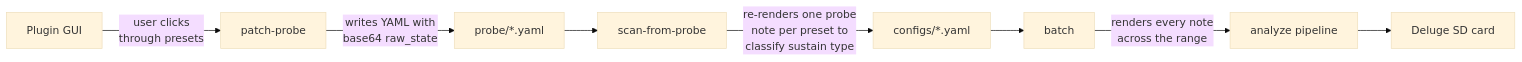
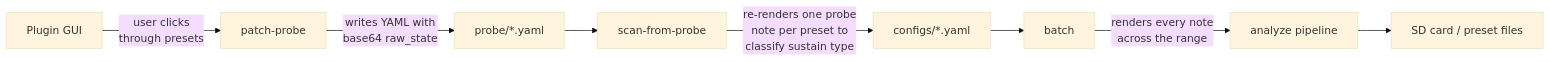
Before and after one commit to blablack/patch-press: the diagram in docs/inputs/vst-workflow.md, drawn with Mermaid (base theme). The commit also changed other lines of this file and 7 other files, not shown here.

````diff
--- a/docs/inputs/vst-workflow.md
+++ b/docs/inputs/vst-workflow.md
@@ -12,10 +12,10 @@
 ```mermaid
 flowchart LR
     G[Plugin GUI] -->|user clicks<br/>through presets| PP[patch-probe]
     PP -->|writes YAML with<br/>base64 raw_state| Y[probe/*.yaml]
     Y --> S[scan-from-probe]
     S -->|re-renders one probe<br/>note per preset to<br/>classify sustain type| C[configs/*.yaml]
     C --> B[batch]
     B -->|renders every note<br/>across the range| A[analyze pipeline]
-    A --> D[Deluge SD card]
+    A --> D[SD card / preset files]
 ```
````
